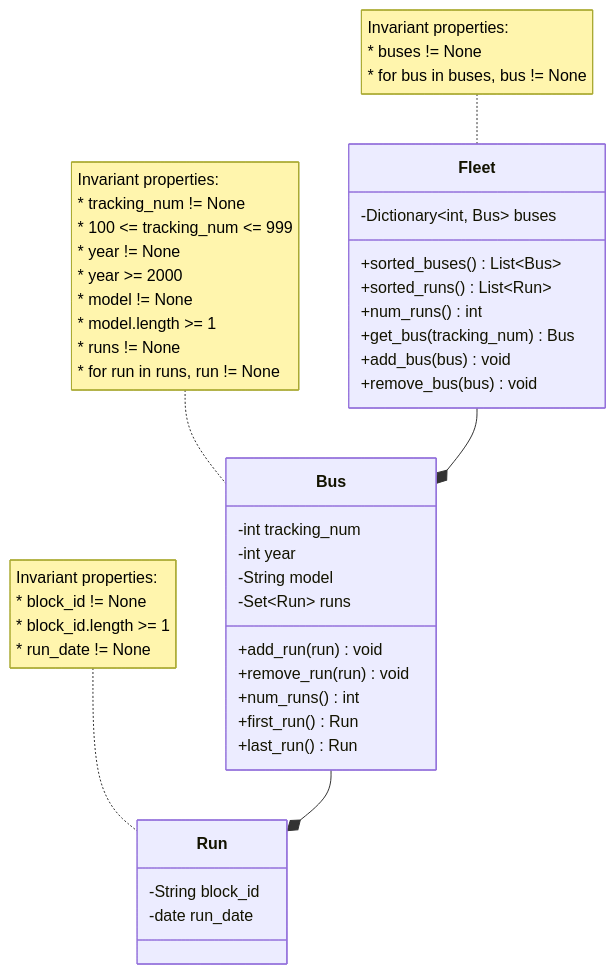
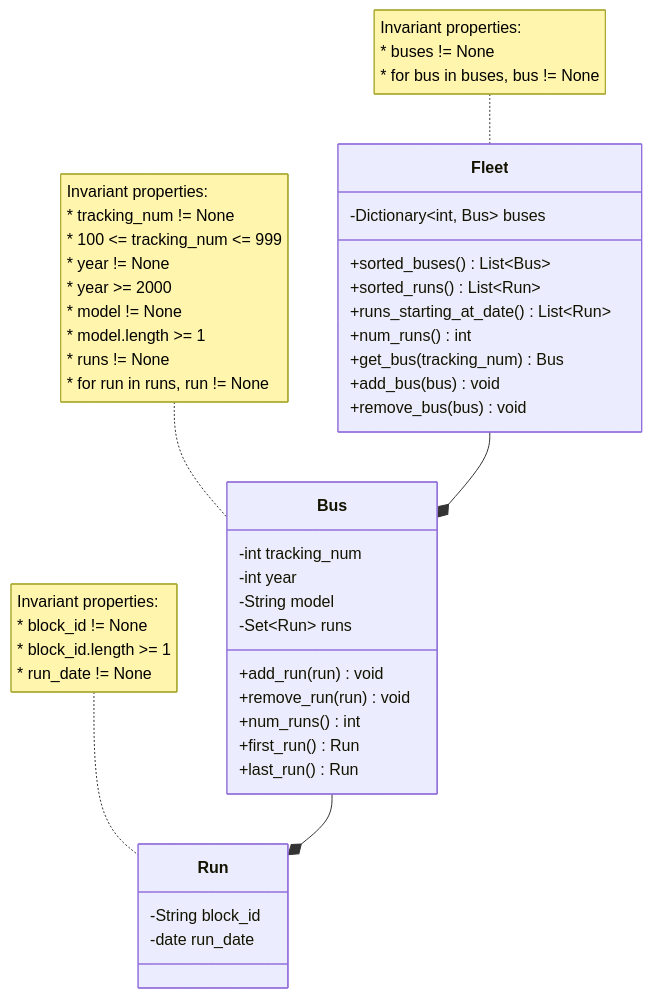
One commit to Michel-Prejet/zeb-tracker changed the diagram in domain.md. Above: the diagram before and after it, drawn with Mermaid. The commit also changed 7 other files, not shown here.

````diff
--- a/domain.md
+++ b/domain.md
@@ -5,57 +5,58 @@
 ```mermaid
 classDiagram
     class Fleet {
         -Dictionary~int, Bus~ buses
         
         +sorted_buses() List~Bus~
         +sorted_runs() List~Run~
+        +runs_starting_at_date() List~Run~
         +num_runs() int
         +get_bus(tracking_num) Bus
         +add_bus(bus) void
         +remove_bus(bus) void
     }
     
     note for Fleet"Invariant properties:
     * buses != None
     * for bus in buses, bus != None
     "
     
     Fleet --* Bus
     
     class Bus {
         -int tracking_num
         -int year
         -String model
         -Set~Run~ runs
         
         +add_run(run) void
         +remove_run(run) void
         +num_runs() int
         +first_run() Run
         +last_run() Run
     }
 
     note for Bus "Invariant properties:
     * tracking_num != None
     * 100 <= tracking_num <= 999
     * year != None
     * year >= 2000
     * model != None
     * model.length >= 1
     * runs != None
     * for run in runs, run != None
     "
     
     Bus --* Run
     
     class Run {
         -String block_id
         -date run_date
     }
     
     note for Run"Invariant properties:
     * block_id != None
     * block_id.length >= 1
     * run_date != None
     "
 ```
````
